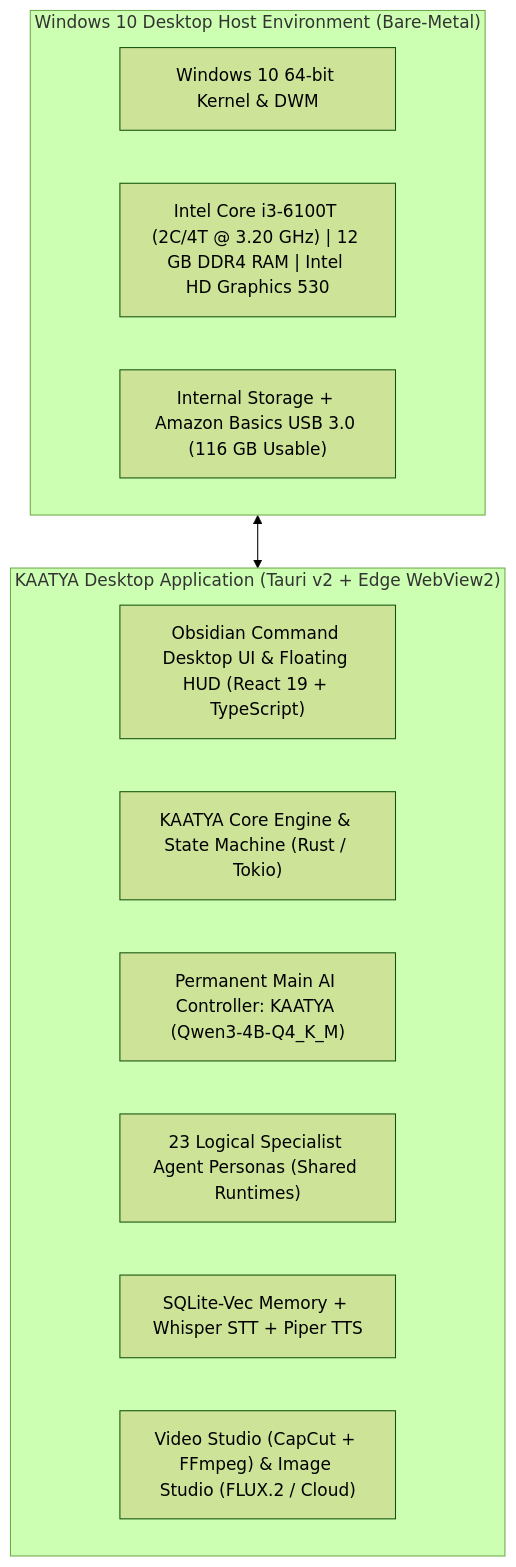
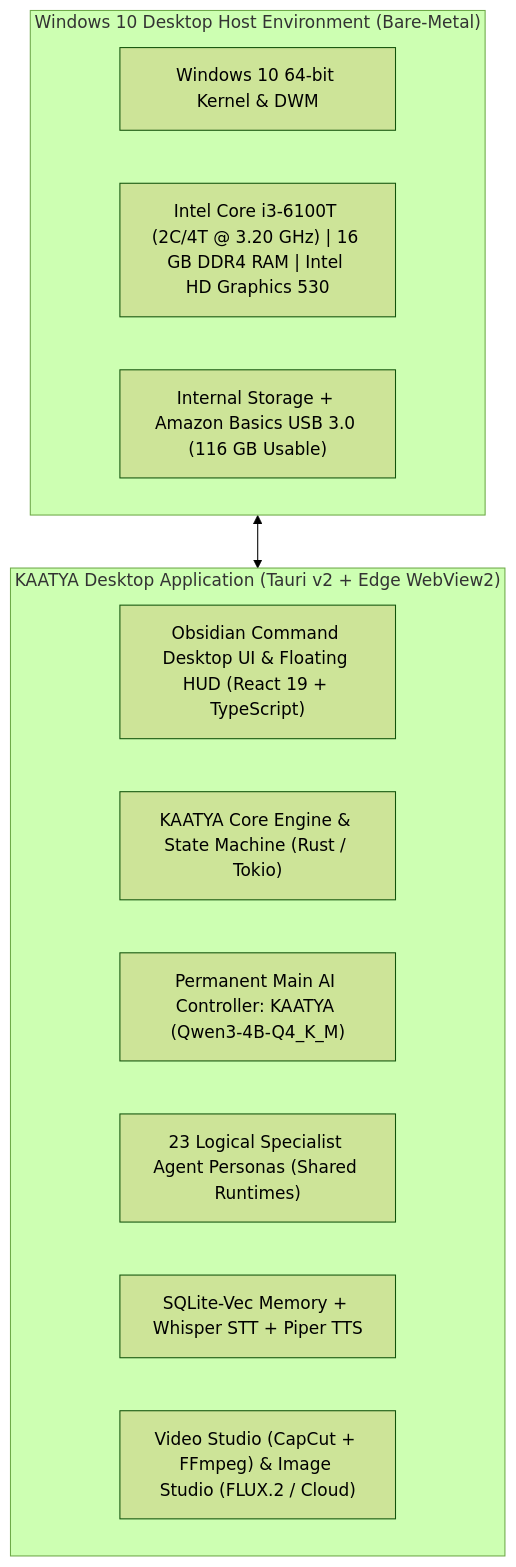
Before and after one commit to vishishthgaurlittle-byte/stitch-neural-command-audit: the first of 2 diagrams in KAATYA_FINAL_MASTER_ARCHITECTURE.md, drawn with Mermaid (forest theme). The commit also changed other lines of this file and 20 other files, not shown here.

Commit message:
docs: correct hardware RAM to 16 GB, re-audit memory budgets, and validate repo consistency

````diff
--- a/KAATYA_FINAL_MASTER_ARCHITECTURE.md
+++ b/KAATYA_FINAL_MASTER_ARCHITECTURE.md
@@ -10,19 +10,19 @@
 ```mermaid
 flowchart TB
     subgraph Host_Environment ["Windows 10 Desktop Host Environment (Bare-Metal)"]
         OS["Windows 10 64-bit Kernel & DWM"]
-        Hardware["Intel Core i3-6100T (2C/4T @ 3.20 GHz) | 12 GB DDR4 RAM | Intel HD Graphics 530"]
+        Hardware["Intel Core i3-6100T (2C/4T @ 3.20 GHz) | 16 GB DDR4 RAM | Intel HD Graphics 530"]
         Storage["Internal Storage + Amazon Basics USB 3.0 (116 GB Usable)"]
     end
 
     subgraph KAATYA_Application ["KAATYA Desktop Application (Tauri v2 + Edge WebView2)"]
         UI["Obsidian Command Desktop UI & Floating HUD (React 19 + TypeScript)"]
         Core["KAATYA Core Engine & State Machine (Rust / Tokio)"]
         MainAI["Permanent Main AI Controller: KAATYA (Qwen3-4B-Q4_K_M)"]
         Roster["23 Logical Specialist Agent Personas (Shared Runtimes)"]
         MemVoice["SQLite-Vec Memory + Whisper STT + Piper TTS"]
         Studio["Video Studio (CapCut + FFmpeg) & Image Studio (FLUX.2 / Cloud)"]
     end
 
     Host_Environment <--> KAATYA_Application
 ```
````
